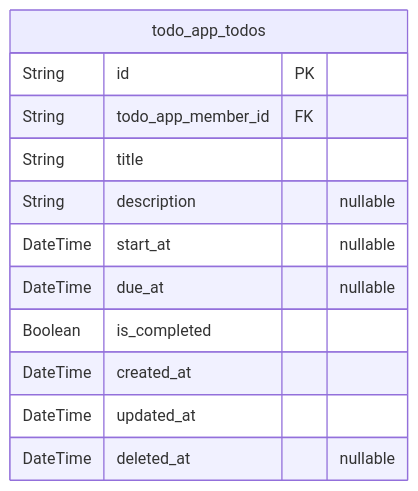
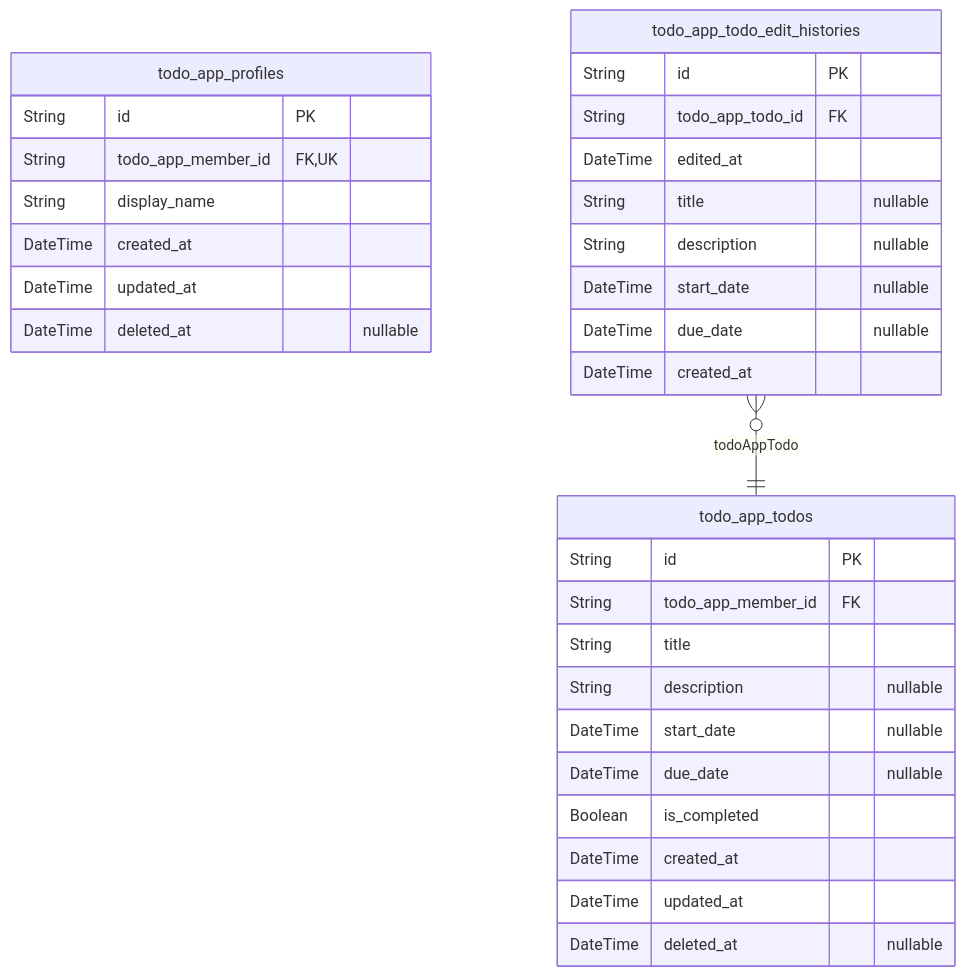
One commit to wrtnlabs/autobe-examples changed the second of 2 diagrams in openai/gpt-5.4-mini/todo/docs/ERD.md. Above: the diagram before and after it, drawn with Mermaid. The commit also changed other lines of this file and 6645 other files, not shown here.

````diff
--- a/openai/gpt-5.4-mini/todo/docs/ERD.md
+++ b/openai/gpt-5.4-mini/todo/docs/ERD.md
@@ -207,15 +266,34 @@
 ```mermaid
 erDiagram
+"todo_app_profiles" {
+  String id PK
+  String todo_app_member_id FK,UK
+  String display_name
+  DateTime created_at
+  DateTime updated_at
+  DateTime deleted_at "nullable"
+}
 "todo_app_todos" {
   String id PK
   String todo_app_member_id FK
   String title
   String description "nullable"
-  DateTime start_at "nullable"
-  DateTime due_at "nullable"
+  DateTime start_date "nullable"
+  DateTime due_date "nullable"
   Boolean is_completed
   DateTime created_at
   DateTime updated_at
   DateTime deleted_at "nullable"
 }
+"todo_app_todo_edit_histories" {
+  String id PK
+  String todo_app_todo_id FK
+  DateTime edited_at
+  String title "nullable"
+  String description "nullable"
+  DateTime start_date "nullable"
+  DateTime due_date "nullable"
+  DateTime created_at
+}
+"todo_app_todo_edit_histories" }o--|| "todo_app_todos" : todoAppTodo
 ```
````
